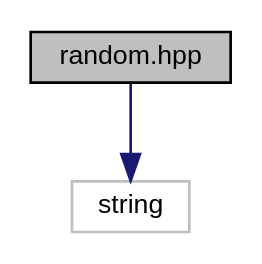
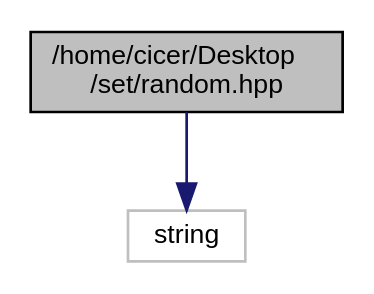
The diagram in random_8hpp__incl.dot (cicer-0/Doc_Set.github.io), drawn with Graphviz before and after one commit. The commit also changed 104 other files, not shown here.

```diff
--- a/random_8hpp__incl.dot
+++ b/random_8hpp__incl.dot
@@ -1,9 +1,9 @@
-digraph "random.hpp"
+digraph "/home/cicer/Desktop/set/random.hpp"
 {
  // LATEX_PDF_SIZE
   edge [fontname="Helvetica",fontsize="10",labelfontname="Helvetica",labelfontsize="10"];
   node [fontname="Helvetica",fontsize="10",shape=record];
-  Node1 [label="random.hpp",height=0.2,width=0.4,color="black", fillcolor="grey75", style="filled", fontcolor="black",tooltip="Generar números aleatorios."];
+  Node1 [label="/home/cicer/Desktop\l/set/random.hpp",height=0.2,width=0.4,color="black", fillcolor="grey75", style="filled", fontcolor="black",tooltip="Generar números aleatorios."];
   Node1 -> Node2 [color="midnightblue",fontsize="10",style="solid",fontname="Helvetica"];
   Node2 [label="string",height=0.2,width=0.4,color="grey75", fillcolor="white", style="filled",tooltip=" "];
 }
```
